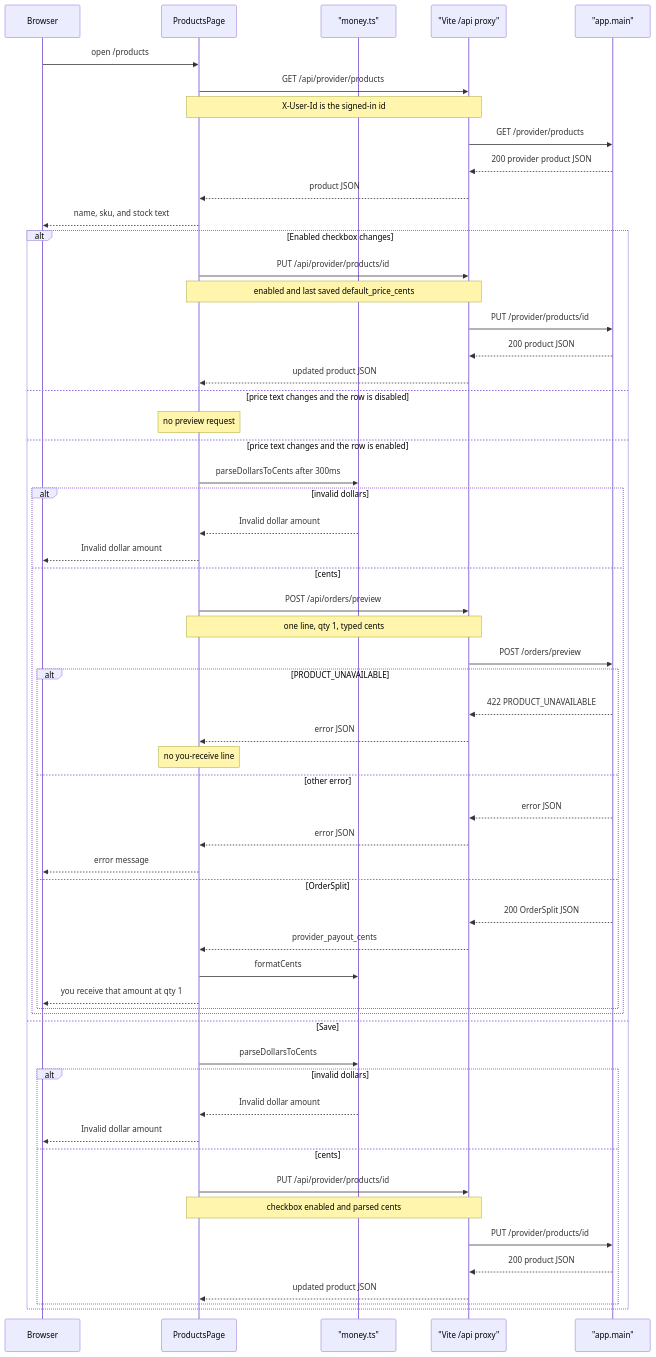
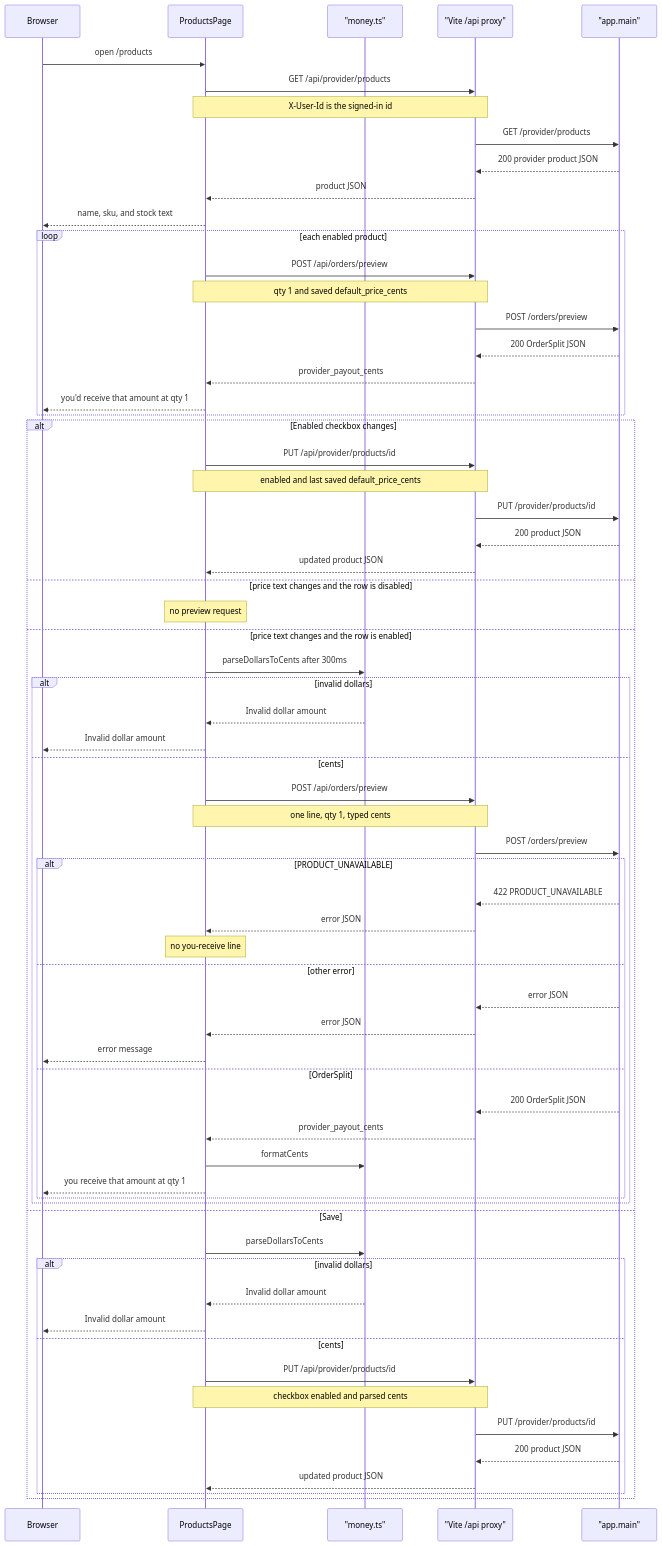
The third of 10 diagrams in docs/diagrams/flows/frontend-shell.md (drtclem/cerbo_wk1), drawn with Mermaid before and after one commit. The commit also changed other lines of this file and 27 other files, not shown here.

````diff
--- a/docs/diagrams/flows/frontend-shell.md
+++ b/docs/diagrams/flows/frontend-shell.md
@@ -80,62 +80,71 @@
 ```mermaid
 sequenceDiagram
   participant Browser
   participant Page as ProductsPage
   participant Money as "money.ts"
   participant Proxy as "Vite /api proxy"
   participant API as "app.main"
 
   Browser->>Page: open /products
   Page->>Proxy: GET /api/provider/products
   Note over Page,Proxy: X-User-Id is the signed-in id
   Proxy->>API: GET /provider/products
   API-->>Proxy: 200 provider product JSON
   Proxy-->>Page: product JSON
   Page-->>Browser: name, sku, and stock text
+
+  loop each enabled product
+    Page->>Proxy: POST /api/orders/preview
+    Note over Page,Proxy: qty 1 and saved default_price_cents
+    Proxy->>API: POST /orders/preview
+    API-->>Proxy: 200 OrderSplit JSON
+    Proxy-->>Page: provider_payout_cents
+    Page-->>Browser: you'd receive that amount at qty 1
+  end
 
   alt Enabled checkbox changes
     Page->>Proxy: PUT /api/provider/products/id
     Note over Page,Proxy: enabled and last saved default_price_cents
     Proxy->>API: PUT /provider/products/id
     API-->>Proxy: 200 product JSON
     Proxy-->>Page: updated product JSON
   else price text changes and the row is disabled
     Note over Page: no preview request
   else price text changes and the row is enabled
     Page->>Money: parseDollarsToCents after 300ms
     alt invalid dollars
       Money-->>Page: Invalid dollar amount
       Page-->>Browser: Invalid dollar amount
     else cents
       Page->>Proxy: POST /api/orders/preview
       Note over Page,Proxy: one line, qty 1, typed cents
       Proxy->>API: POST /orders/preview
       alt PRODUCT_UNAVAILABLE
         API-->>Proxy: 422 PRODUCT_UNAVAILABLE
         Proxy-->>Page: error JSON
         Note over Page: no you-receive line
       else other error
         API-->>Proxy: error JSON
         Proxy-->>Page: error JSON
         Page-->>Browser: error message
       else OrderSplit
         API-->>Proxy: 200 OrderSplit JSON
         Proxy-->>Page: provider_payout_cents
         Page->>Money: formatCents
         Page-->>Browser: you receive that amount at qty 1
       end
     end
   else Save
     Page->>Money: parseDollarsToCents
     alt invalid dollars
       Money-->>Page: Invalid dollar amount
       Page-->>Browser: Invalid dollar amount
     else cents
       Page->>Proxy: PUT /api/provider/products/id
       Note over Page,Proxy: checkbox enabled and parsed cents
       Proxy->>API: PUT /provider/products/id
       API-->>Proxy: 200 product JSON
       Proxy-->>Page: updated product JSON
     end
   end
 ```
````
